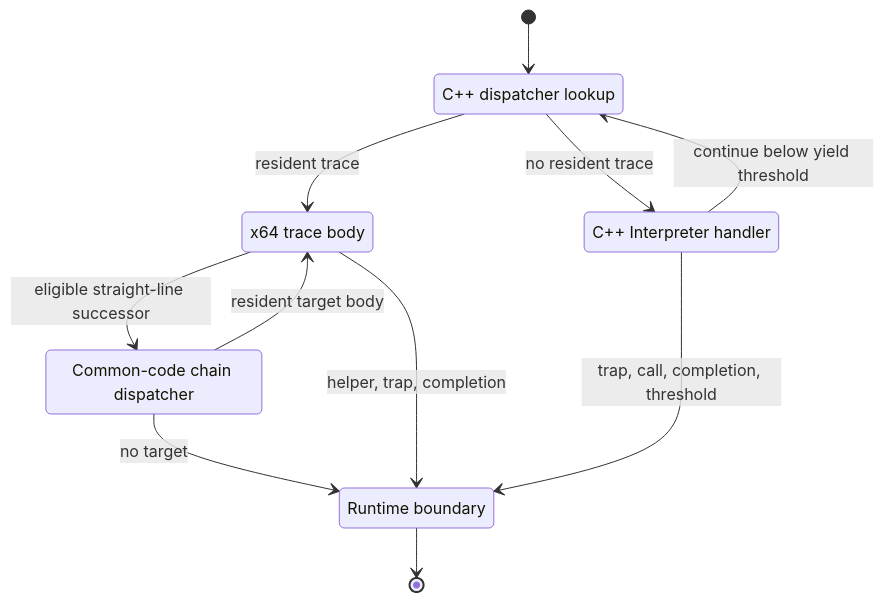
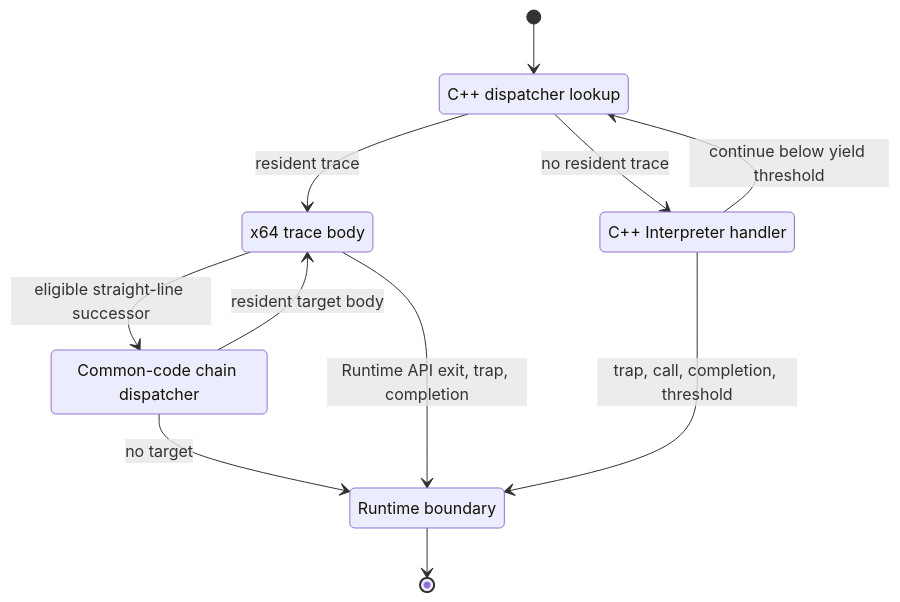
The third of 4 diagrams in docs/components/tier3_plugins/jit_compiler.md (kmt-t/fireball), drawn with Mermaid before and after one commit. The commit also changed other lines of this file and 109 other files, not shown here.

````diff
--- a/docs/components/tier3_plugins/jit_compiler.md
+++ b/docs/components/tier3_plugins/jit_compiler.md
@@ -218,19 +273,19 @@
 ```mermaid
 stateDiagram-v2
     state "C++ dispatcher lookup" as Lookup
     state "x64 trace body" as Trace
     state "C++ Interpreter handler" as Handler
     state "Common-code chain dispatcher" as Chain
     state "Runtime boundary" as Boundary
 
     [*] --> Lookup
     Lookup --> Trace: resident trace
     Lookup --> Handler: no resident trace
     Trace --> Chain: eligible straight-line successor
     Chain --> Trace: resident target body
     Chain --> Boundary: no target
-    Trace --> Boundary: helper, trap, completion
+    Trace --> Boundary: Runtime API exit, trap, completion
     Handler --> Lookup: continue below yield threshold
     Handler --> Boundary: trap, call, completion, threshold
     Boundary --> [*]
 ```
````
